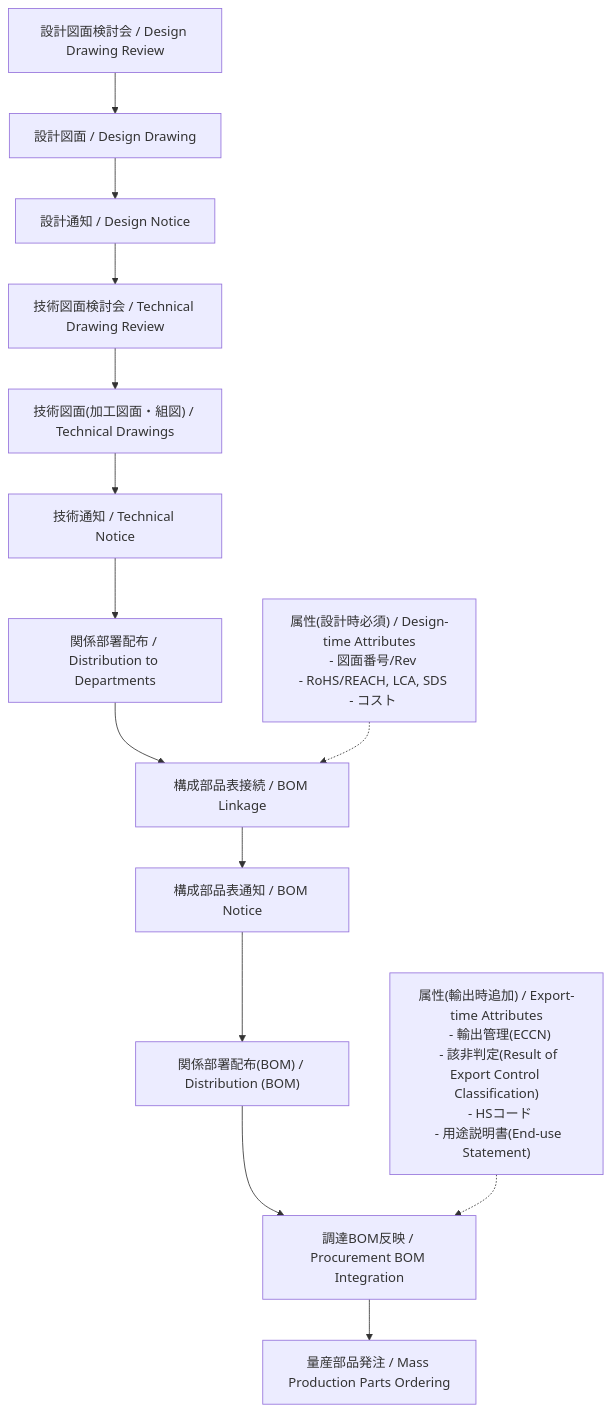
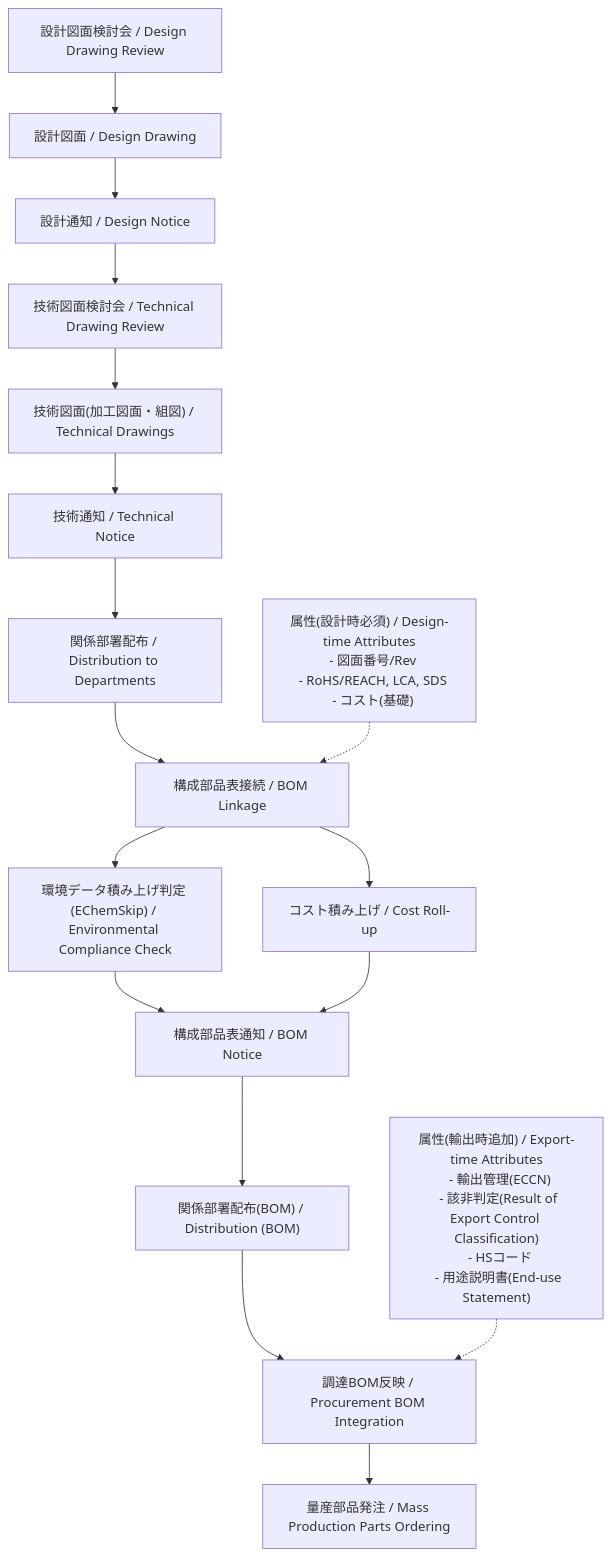
Before and after one commit to Samizo-AITL/EduMecha: the diagram in 08_production_process/production_process_flow.md, drawn with Mermaid.

````diff
--- a/08_production_process/production_process_flow.md
+++ b/08_production_process/production_process_flow.md
@@ -19,27 +19,33 @@
 ```mermaid
 flowchart TD
   A["設計図面検討会 / Design Drawing Review"] --> B["設計図面 / Design Drawing"]
   B --> C["設計通知 / Design Notice"]
   C --> D["技術図面検討会 / Technical Drawing Review"]
   D --> E["技術図面(加工図面・組図) / Technical Drawings"]
   E --> F["技術通知 / Technical Notice"]
   F --> G["関係部署配布 / Distribution to Departments"]
   G --> H["構成部品表接続 / BOM Linkage"]
-  H --> I["構成部品表通知 / BOM Notice"]
+
+  %% 新規追加ステップ
+  H --> H1["環境データ積み上げ判定 (EChemSkip) / Environmental Compliance Check"]
+  H --> H2["コスト積み上げ / Cost Roll-up"]
+
+  H1 --> I["構成部品表通知 / BOM Notice"]
+  H2 --> I
+
   I --> J["関係部署配布(BOM) / Distribution (BOM)"]
   J --> K["調達BOM反映 / Procurement BOM Integration"]
   K --> L["量産部品発注 / Mass Production Parts Ordering"]
 
-  %% 設計段階で付与される属性
+  %% 属性群
   S1["属性(設計時必須) / Design-time Attributes
   - 図面番号/Rev
   - RoHS/REACH, LCA, SDS
-  - コスト"] -.-> H
+  - コスト(基礎)"] -.-> H
 
-  %% 調達後、輸出時に追加される属性
   S2["属性(輸出時追加) / Export-time Attributes
   - 輸出管理(ECCN)
   - 該非判定(Result of Export Control Classification)
   - HSコード
   - 用途説明書(End-use Statement)"] -.-> K
 ```
````
